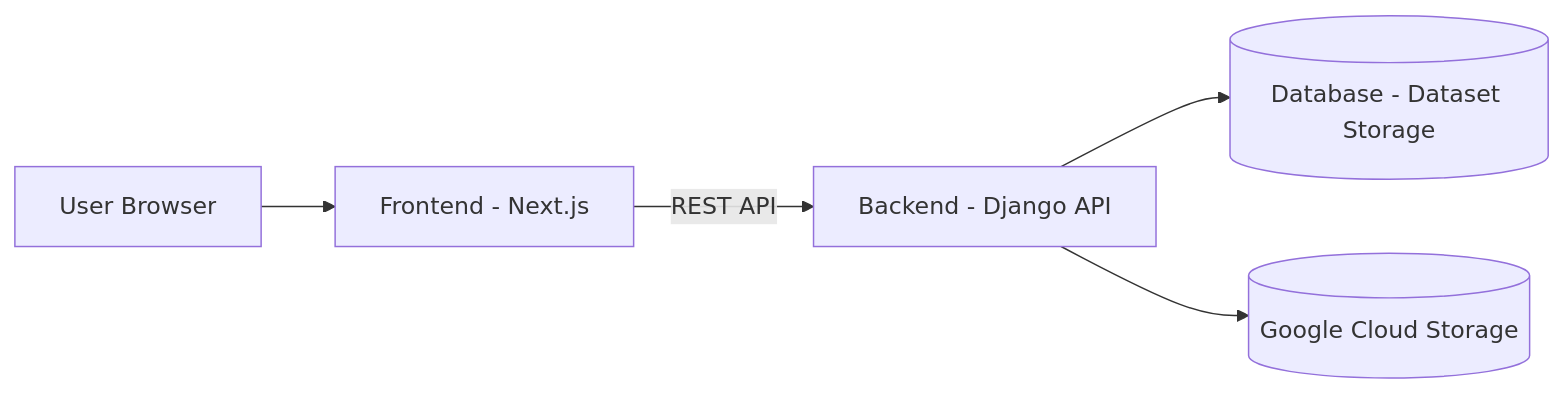
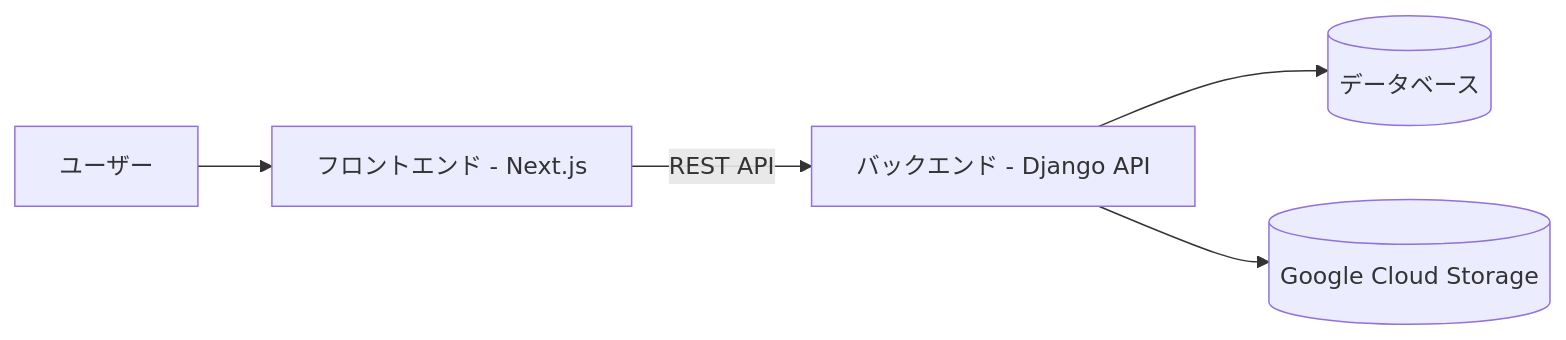
One commit to tomoki-shiozaki/vizshare changed the diagram in README.md. Above: the diagram before and after it, drawn with Mermaid. The commit also changed other lines of this file and 1 other file, not shown here.

````diff
--- a/README.md
+++ b/README.md
@@ -69,13 +69,13 @@
 ```mermaid
 flowchart LR
-    User[User Browser]
-    Frontend[Frontend - Next.js]
-    Backend[Backend - Django API]
-    DB[(Database - Dataset Storage)]
+    User[ユーザー]
+    Frontend[フロントエンド - Next.js]
+    Backend[バックエンド - Django API]
+    DB[(データベース)]
     GCS[(Google Cloud Storage)]
 
     User --> Frontend
     Frontend -->|REST API| Backend
     Backend --> DB
     Backend --> GCS
 ```
````
